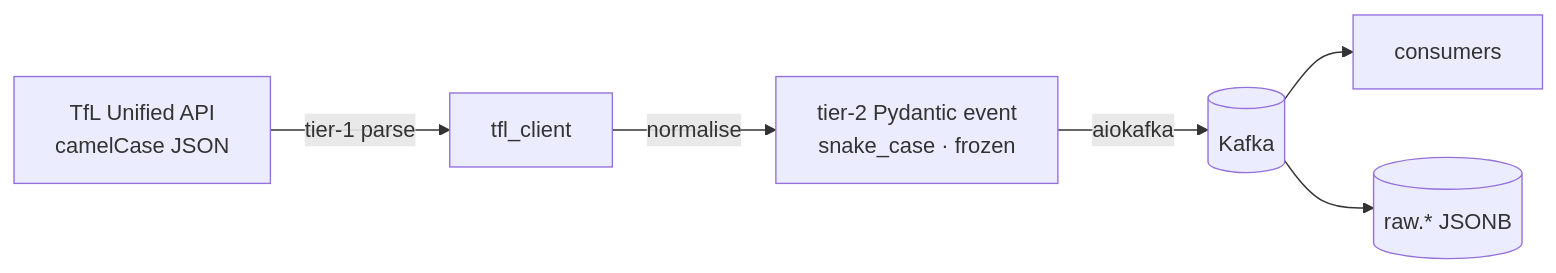
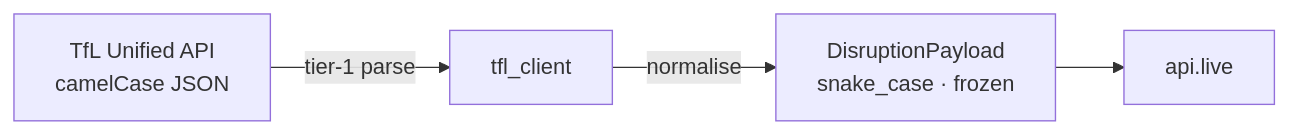
The diagram in contracts/README.md (hcslomeu/tfl-monitor), drawn with Mermaid before and after one commit. The commit also changed other lines of this file and 140 other files, not shown here.

````diff
--- a/contracts/README.md
+++ b/contracts/README.md
@@ -26,8 +19,6 @@
 ```mermaid
 flowchart LR
     TFL[TfL Unified API<br/>camelCase JSON] -->|tier-1 parse| C[tfl_client]
-    C -->|normalise| T2[tier-2 Pydantic event<br/>snake_case · frozen]
-    T2 -->|aiokafka| K[(Kafka)]
-    K --> CONSUMERS[consumers]
-    K --> SQL[(raw.* JSONB)]
+    C -->|normalise| N[DisruptionPayload<br/>snake_case · frozen]
+    N --> API[api.live]
 ```
````
